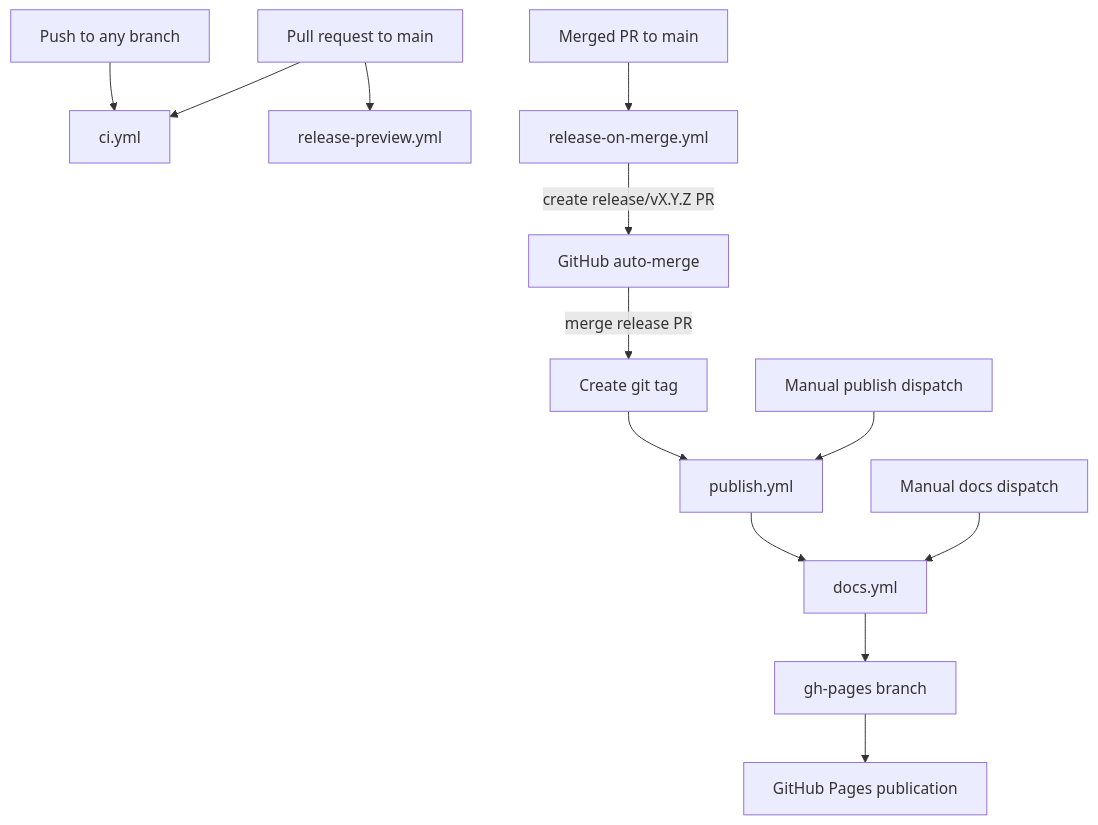
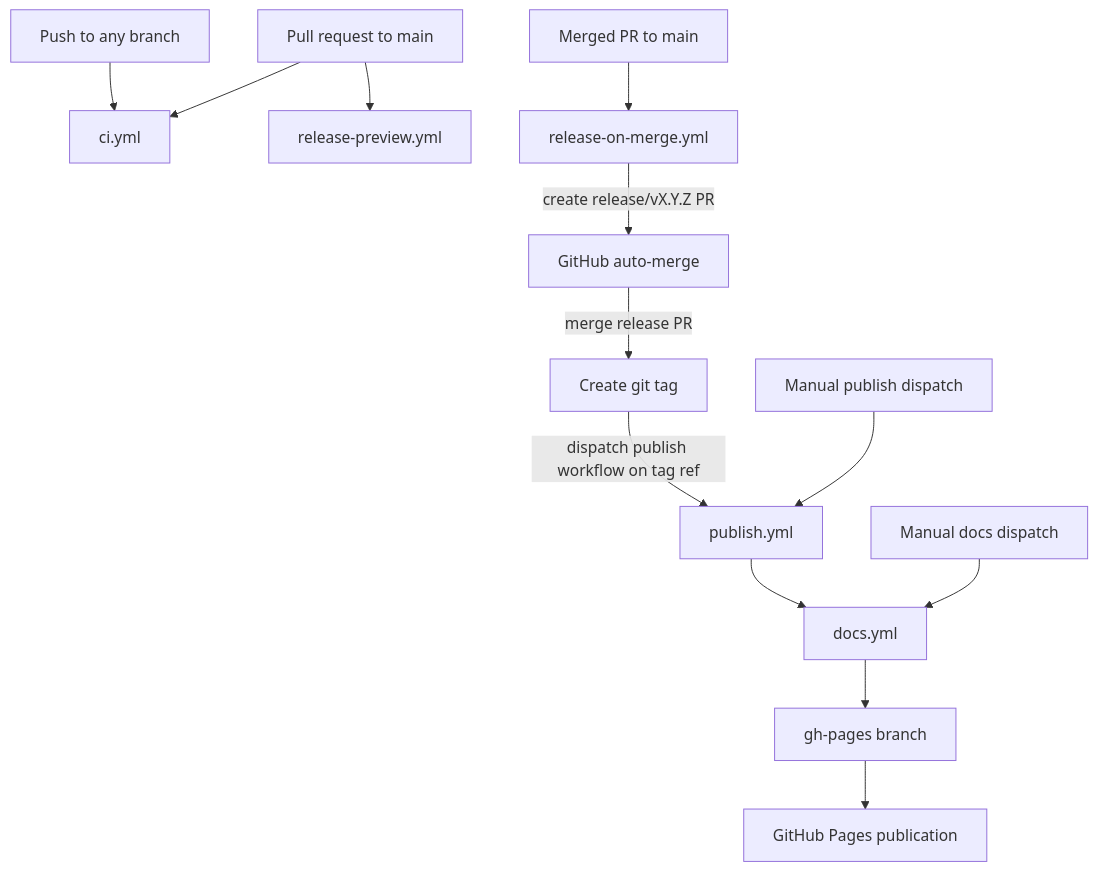
The diagram in .github/README.md (OWI-Lab/owi-metadatabase-sdk), drawn with Mermaid before and after one commit. The commit also changed other lines of this file and 2 other files, not shown here.

````diff
--- a/.github/README.md
+++ b/.github/README.md
@@ -5,15 +5,15 @@
 ```mermaid
 flowchart TD
     Push[Push to any branch] --> CI[ci.yml]
     PR[Pull request to main] --> CI
     PR --> Preview[release-preview.yml]
     MergedPR[Merged PR to main] --> ReleaseOnMerge[release-on-merge.yml]
     ReleaseOnMerge -->|create release/vX.Y.Z PR| AutoMerge[GitHub auto-merge]
     AutoMerge -->|merge release PR| Tag[Create git tag]
-    Tag --> Publish[publish.yml]
+    Tag -->|dispatch publish workflow on tag ref| Publish[publish.yml]
     Publish --> Docs[docs.yml]
     Docs --> GhPages[gh-pages branch]
     GhPages --> Pages[GitHub Pages publication]
     ManualDocs[Manual docs dispatch] --> Docs
     ManualPublish[Manual publish dispatch] --> Publish
 ```
````
